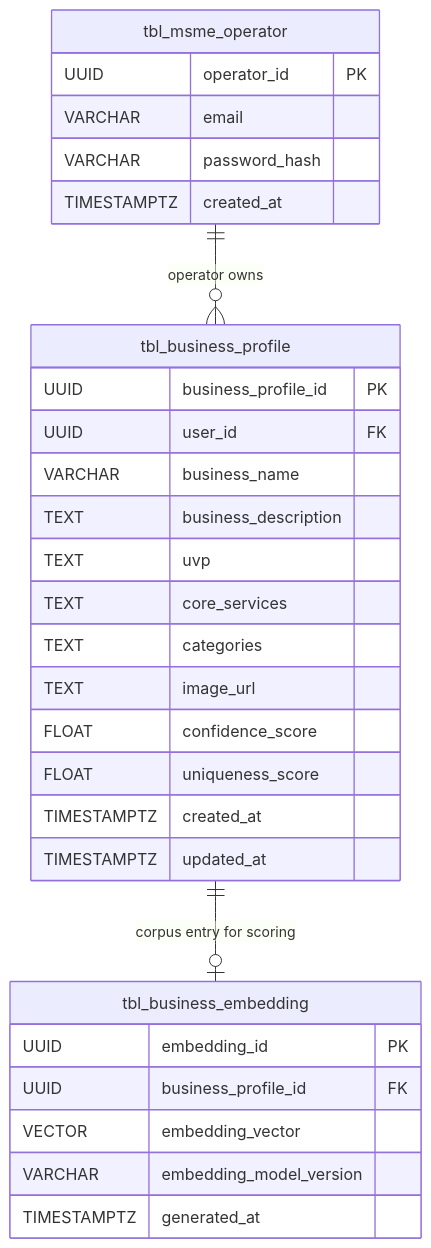
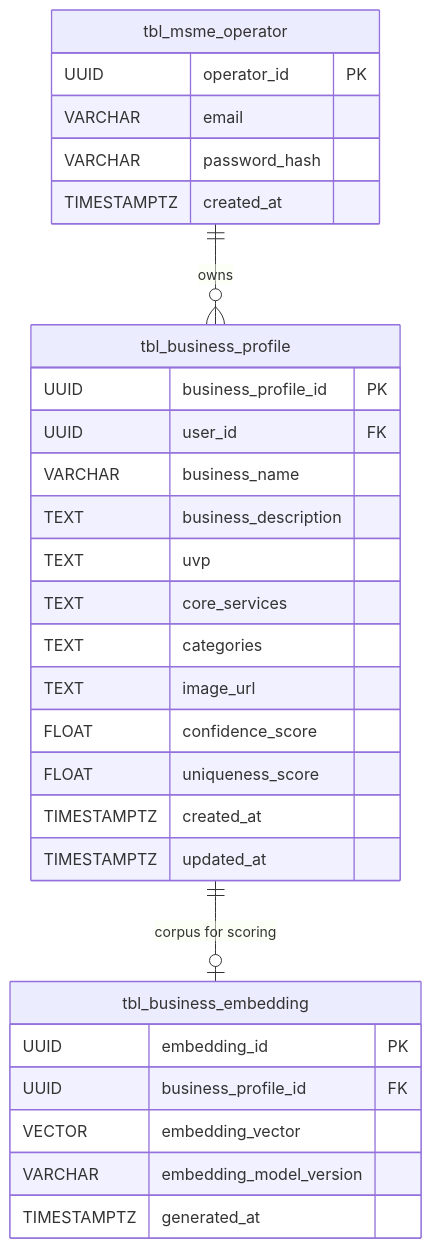
The sixth of 6 diagrams in docs/module-1/MODULE1_DIAGRAMS.md (SherieHub/CeView), drawn with Mermaid before and after one commit. The commit also changed other lines of this file, not shown here.

Commit message:
diagrams

````diff
--- a/docs/module-1/MODULE1_DIAGRAMS.md
+++ b/docs/module-1/MODULE1_DIAGRAMS.md
@@ -632,35 +491,35 @@
 ```mermaid
 erDiagram
     tbl_msme_operator {
         UUID operator_id PK
         VARCHAR email
         VARCHAR password_hash
         TIMESTAMPTZ created_at
     }
 
     tbl_business_profile {
         UUID business_profile_id PK
         UUID user_id FK
         VARCHAR business_name
         TEXT business_description
         TEXT uvp
         TEXT core_services
         TEXT categories
         TEXT image_url
         FLOAT confidence_score
         FLOAT uniqueness_score
         TIMESTAMPTZ created_at
         TIMESTAMPTZ updated_at
     }
 
     tbl_business_embedding {
         UUID embedding_id PK
         UUID business_profile_id FK
         VECTOR embedding_vector
         VARCHAR embedding_model_version
         TIMESTAMPTZ generated_at
     }
 
-    tbl_msme_operator ||--o{ tbl_business_profile : "operator owns"
-    tbl_business_profile ||--o| tbl_business_embedding : "corpus entry for scoring"
+    tbl_msme_operator ||--o{ tbl_business_profile : "owns"
+    tbl_business_profile ||--o| tbl_business_embedding : "corpus for scoring"
 ```
````
